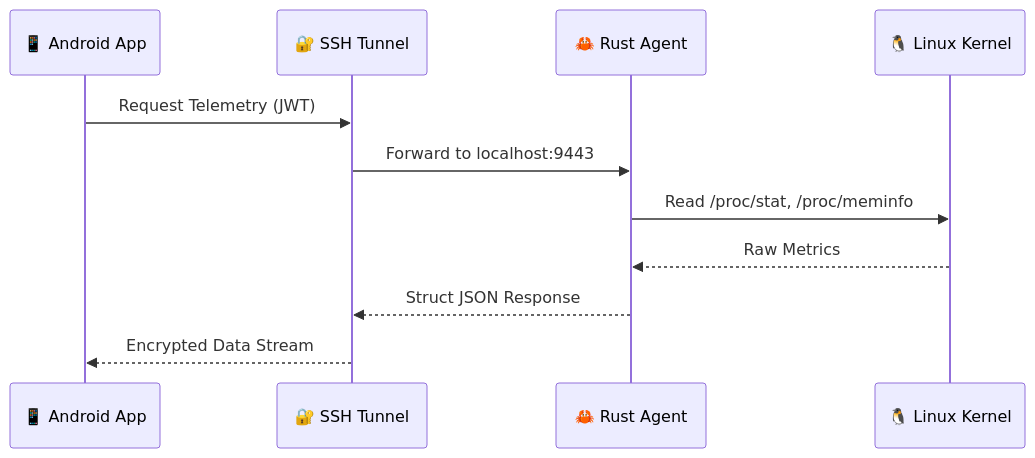
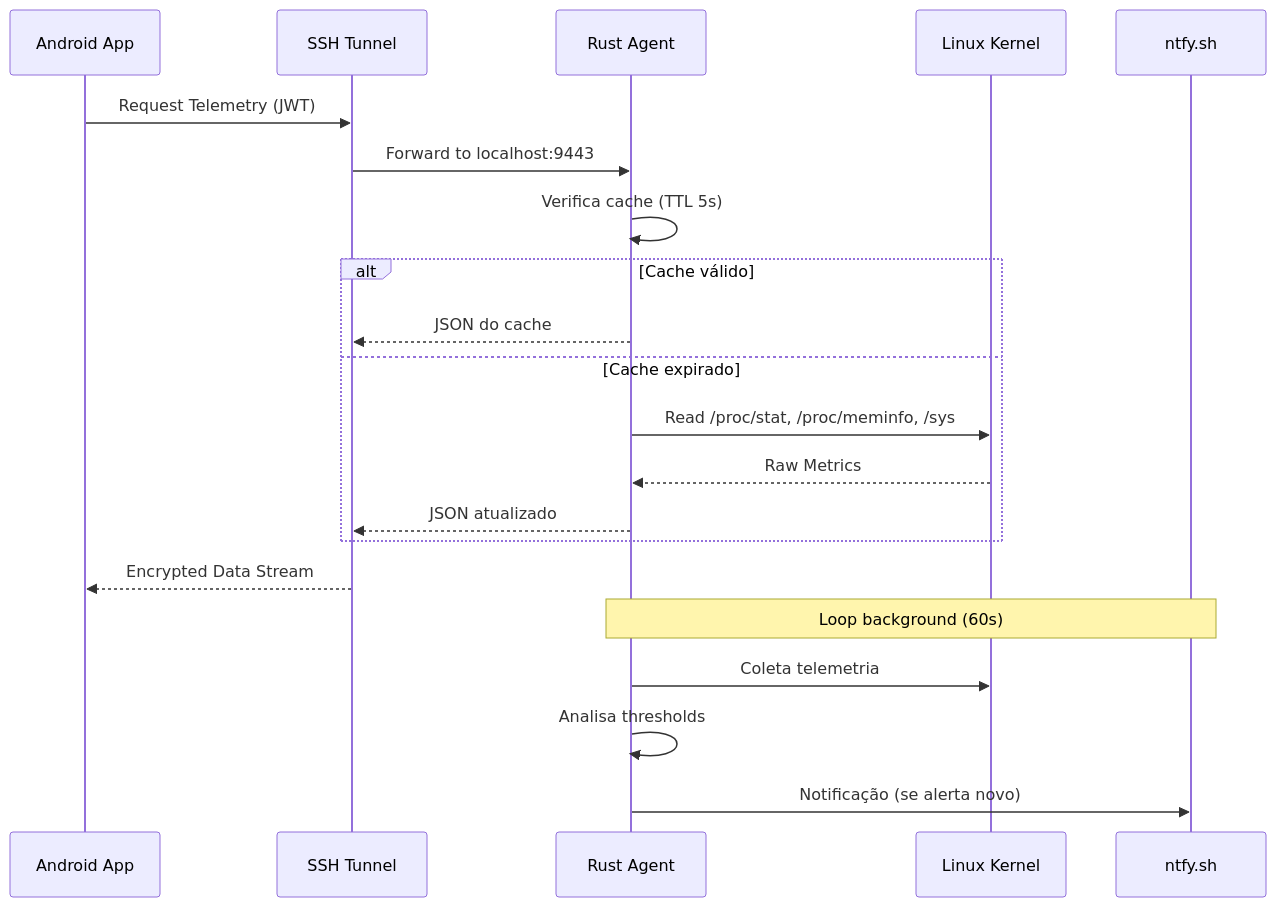
The first of 2 diagrams in docs/ARCHITECTURE.md (Munique-Feitoza/server-controller), drawn with Mermaid before and after one commit. The commit also changed other lines of this file and 8 other files, not shown here.

````diff
--- a/docs/ARCHITECTURE.md
+++ b/docs/ARCHITECTURE.md
@@ -29,14 +32,25 @@
 ```mermaid
 sequenceDiagram
-    participant User as 📱 Android App
-    participant SSH as 🔐 SSH Tunnel
-    participant Agent as 🦀 Rust Agent
-    participant Kernel as 🐧 Linux Kernel
+    participant User as Android App
+    participant SSH as SSH Tunnel
+    participant Agent as Rust Agent
+    participant Kernel as Linux Kernel
+    participant Ntfy as ntfy.sh
 
     User->>SSH: Request Telemetry (JWT)
     SSH->>Agent: Forward to localhost:9443
-    Agent->>Kernel: Read /proc/stat, /proc/meminfo
-    Kernel-->>Agent: Raw Metrics
-    Agent-->>SSH: Struct JSON Response
+    Agent->>Agent: Verifica cache (TTL 5s)
+    alt Cache válido
+        Agent-->>SSH: JSON do cache
+    else Cache expirado
+        Agent->>Kernel: Read /proc/stat, /proc/meminfo, /sys
+        Kernel-->>Agent: Raw Metrics
+        Agent-->>SSH: JSON atualizado
+    end
     SSH-->>User: Encrypted Data Stream
+
+    Note over Agent,Ntfy: Loop background (60s)
+    Agent->>Kernel: Coleta telemetria
+    Agent->>Agent: Analisa thresholds
+    Agent->>Ntfy: Notificação (se alerta novo)
 ```
````
